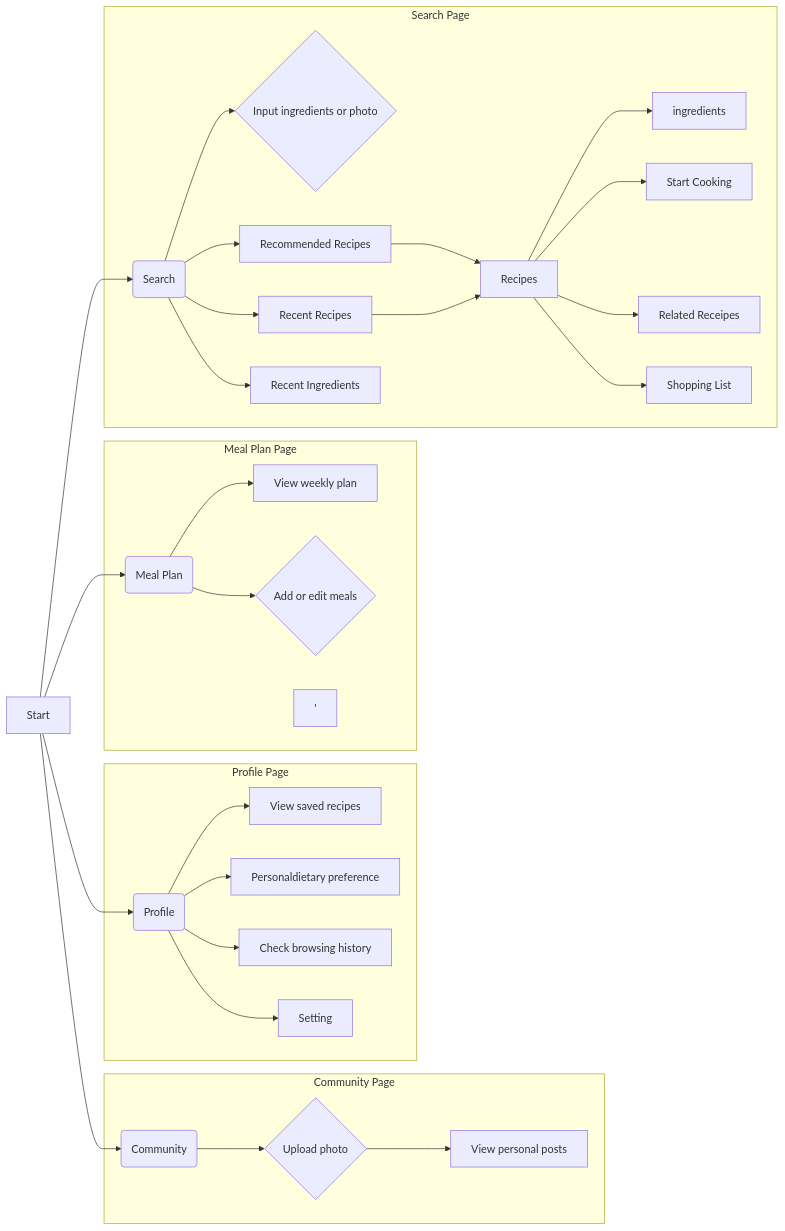
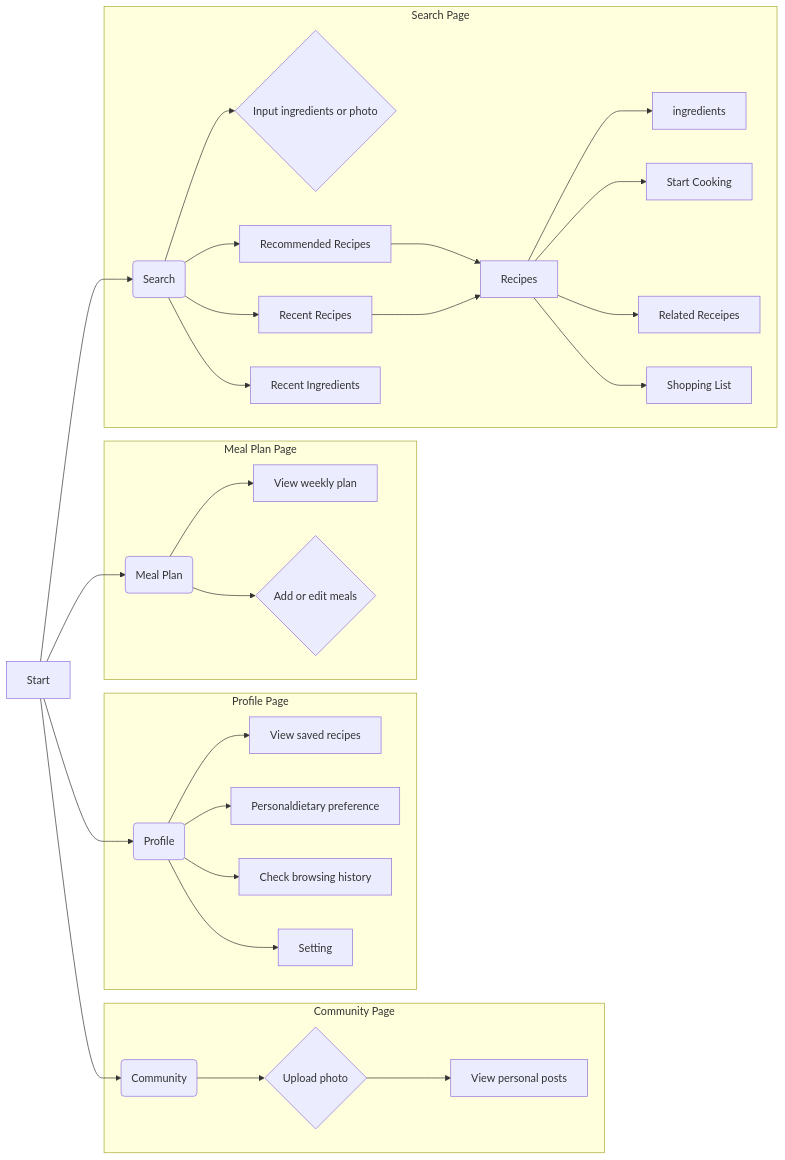
The diagram in all/未命名-2.md (seven8301/iodraw-files), drawn with Mermaid before and after one commit.

Commit message:
2025-04-09 20:47:49 update

````diff
--- a/all/未命名-2.md
+++ b/all/未命名-2.md
@@ -1,37 +1,39 @@
 ```mermaid
 graph LR
     A[Start] --> B(Search);
     A --> C(Community);
     A --> D(Meal Plan);
     A --> E(Profile);
 
     
     subgraph "Profile Page"
         E --> L[View saved recipes];
         E --> Q[Personaldietary preference];
         E --> M[Check browsing history];
         E --> P[Setting];
 
         
     end
       subgraph "Meal Plan Page"
         D --> J[View weekly plan];
-        D --> K{Add or edit meals};'
+        D --> K{Add or edit meals};
+        
+
     end
      subgraph "Community Page"
         C --> H{Upload photo};
         H --> I[View personal posts];
     end
     subgraph "Search Page"
         B --> F{Input ingredients or photo};
         B --> G[Recommended Recipes];
         G --> R[Recipes];
         O --> R[Recipes];
         R --> S[ingredients];
         R --> T[Start Cooking];
         R --> U[Related Receipes];
         R --> V[Shopping List];
         B --> N[Recent Ingredients];
         B --> O[Recent Recipes];
     end
 ```
````
